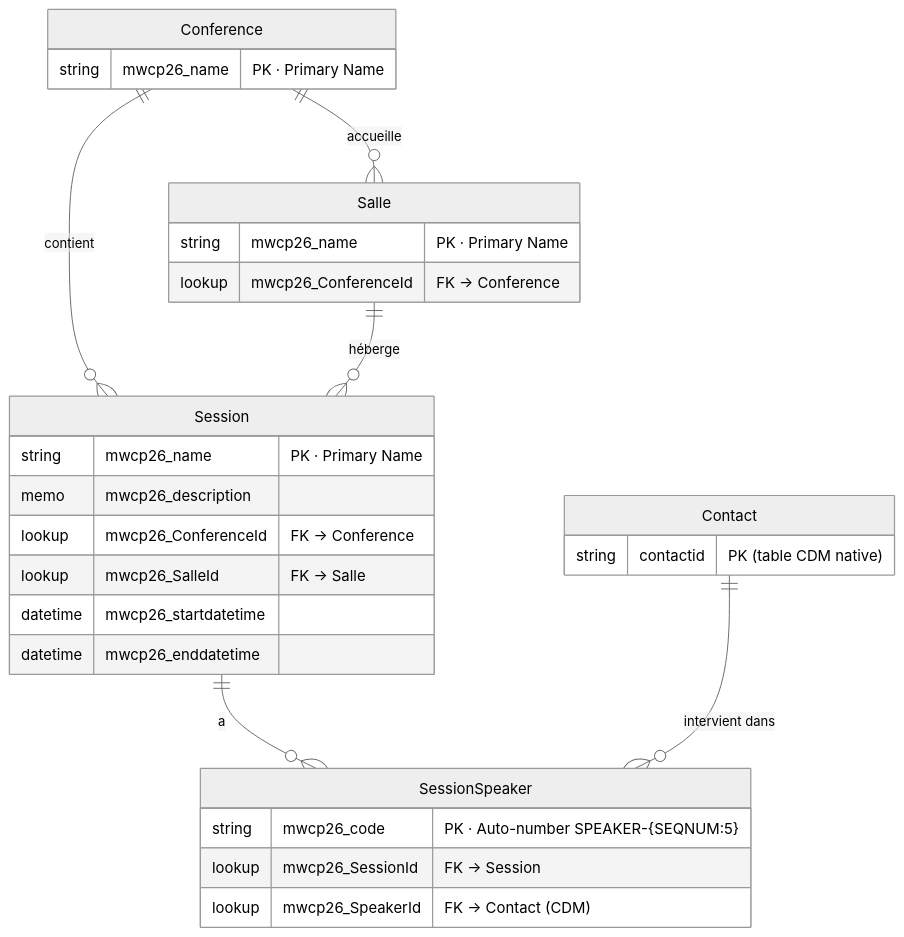
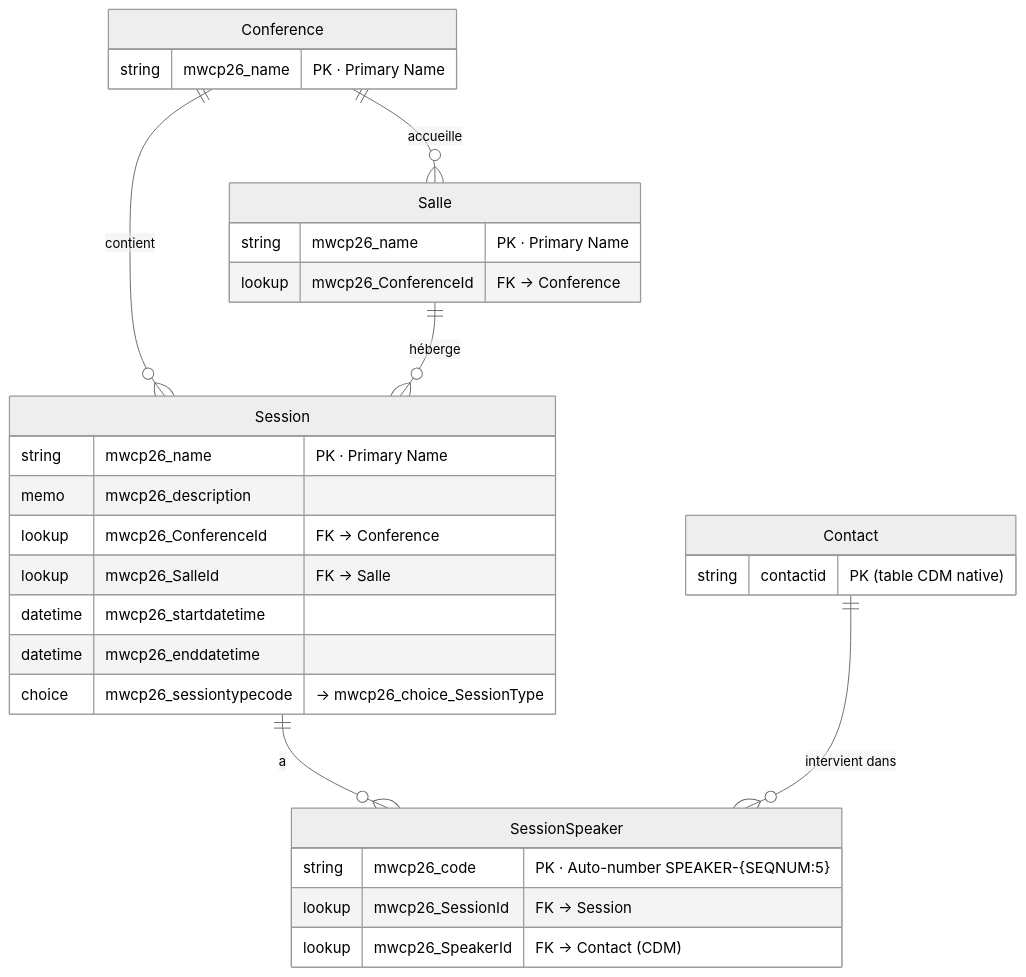
The diagram in data/model/conference-agenda.md (tchinnin/mwcp26), drawn with Mermaid (neutral theme) before and after one commit. The commit also changed other lines of this file and 22 other files, not shown here.

Commit message:
feat: add Session Type and manage UI for service sessions in grid and list

````diff
--- a/data/model/conference-agenda.md
+++ b/data/model/conference-agenda.md
@@ -9,32 +31,33 @@
 ```mermaid
 erDiagram
     Conference {
         string mwcp26_name "PK · Primary Name"
     }
     Salle {
         string mwcp26_name "PK · Primary Name"
         lookup mwcp26_ConferenceId "FK → Conference"
     }
     Session {
         string mwcp26_name "PK · Primary Name"
         memo   mwcp26_description
         lookup mwcp26_ConferenceId "FK → Conference"
         lookup mwcp26_SalleId "FK → Salle"
         datetime mwcp26_startdatetime
         datetime mwcp26_enddatetime
+        choice mwcp26_sessiontypecode "→ mwcp26_choice_SessionType"
     }
     SessionSpeaker {
         string mwcp26_code "PK · Auto-number SPEAKER-{SEQNUM:5}"
         lookup mwcp26_SessionId "FK → Session"
         lookup mwcp26_SpeakerId "FK → Contact (CDM)"
     }
     Contact {
         string contactid "PK (table CDM native)"
     }
 
     Conference ||--o{ Salle          : "accueille"
     Conference ||--o{ Session        : "contient"
     Salle      ||--o{ Session        : "héberge"
     Session    ||--o{ SessionSpeaker : "a"
     Contact    ||--o{ SessionSpeaker : "intervient dans"
 ```
````
